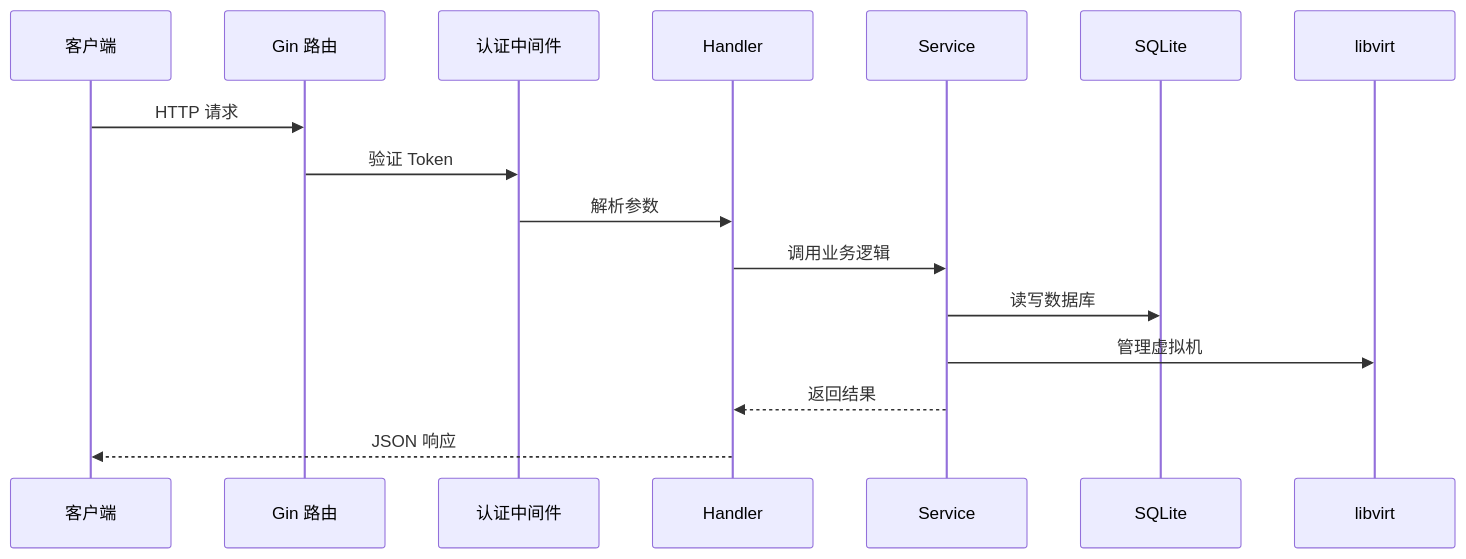
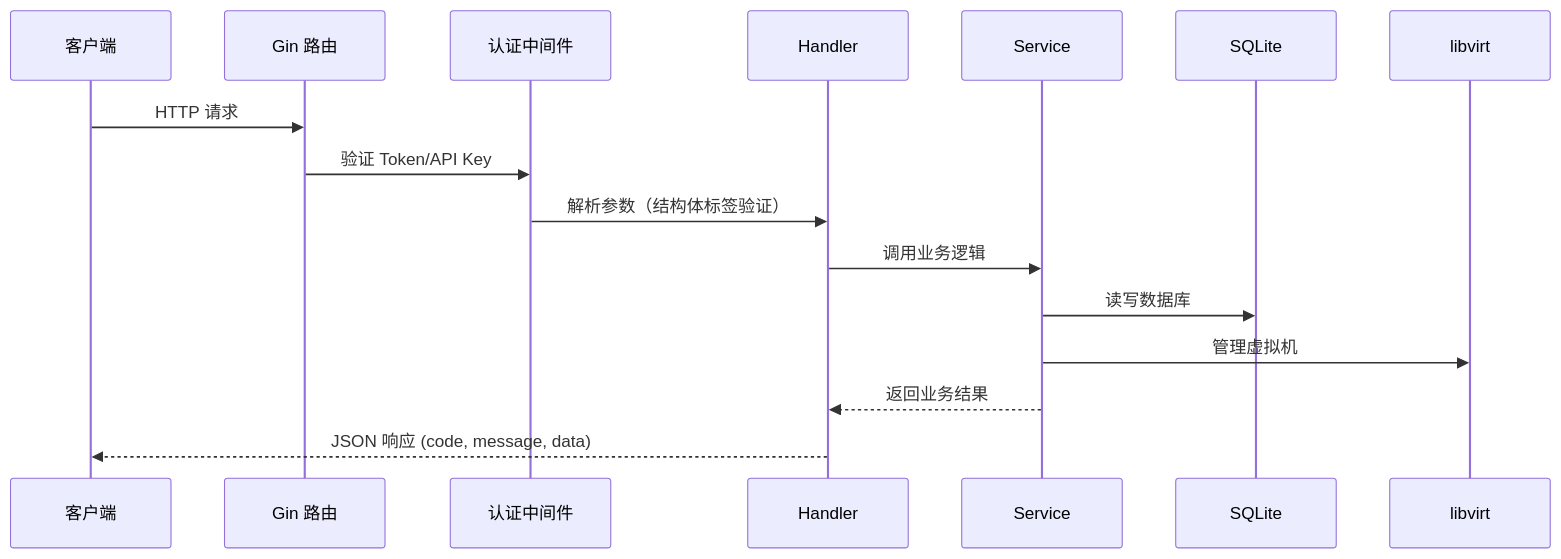
The sixth of 18 diagrams in docs/feature-analysis/qvmconsole-architecture.mdx (QVMConsole/docs), drawn with Mermaid before and after one commit. The commit also changed other lines of this file, not shown here.

````diff
--- a/docs/feature-analysis/qvmconsole-architecture.mdx
+++ b/docs/feature-analysis/qvmconsole-architecture.mdx
@@ -105,19 +275,19 @@
 ```mermaid
 sequenceDiagram
     participant Client as 客户端
     participant Gin as Gin 路由
     participant Auth as 认证中间件
     participant Handler as Handler
     participant Service as Service
     participant DB as SQLite
     participant Libvirt as libvirt
 
     Client->>Gin: HTTP 请求
-    Gin->>Auth: 验证 Token
-    Auth->>Handler: 解析参数
+    Gin->>Auth: 验证 Token/API Key
+    Auth->>Handler: 解析参数（结构体标签验证）
     Handler->>Service: 调用业务逻辑
     Service->>DB: 读写数据库
     Service->>Libvirt: 管理虚拟机
-    Service-->>Handler: 返回结果
-    Handler-->>Client: JSON 响应
+    Service-->>Handler: 返回业务结果
+    Handler-->>Client: JSON 响应 (code, message, data)
 ```
````
